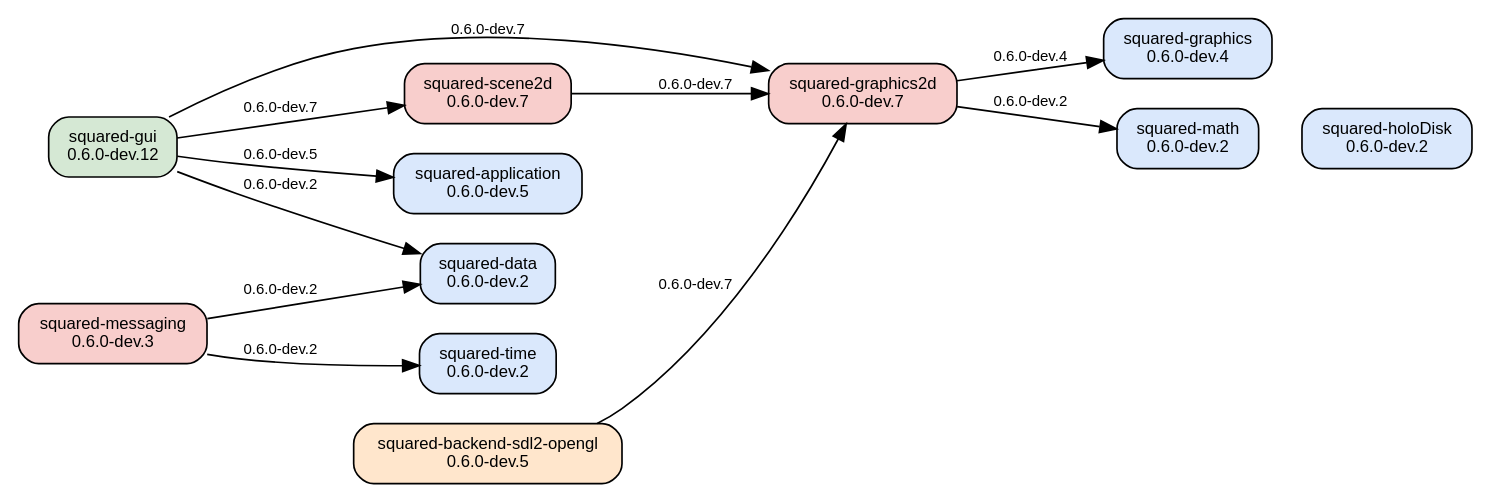
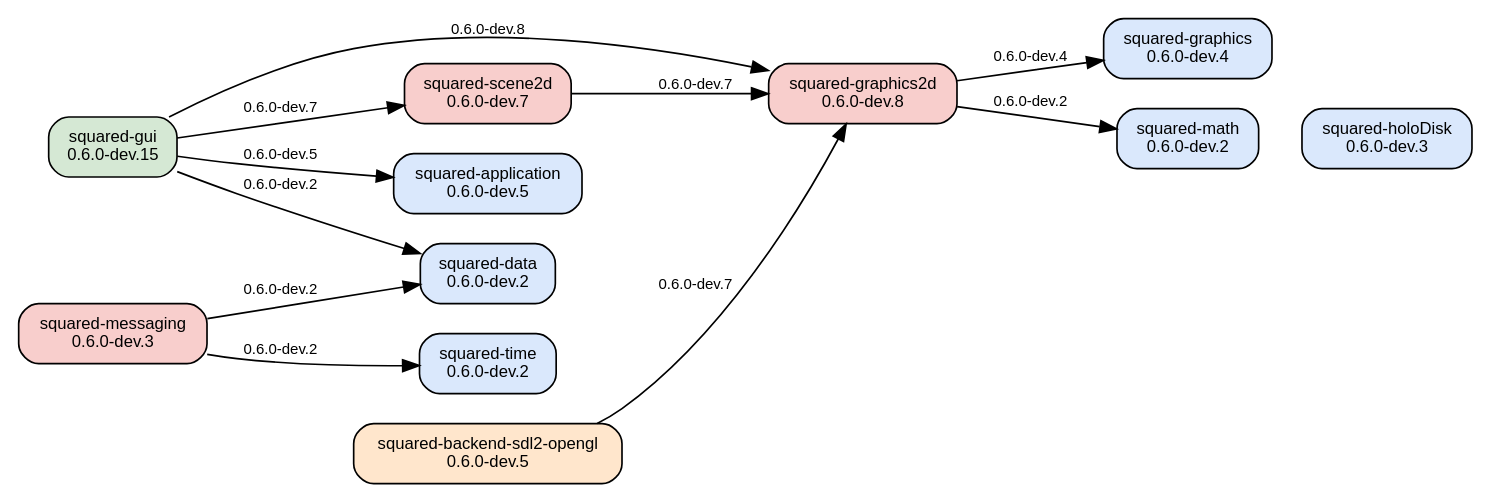
The diagram in docs/developer/architecture/package-dependencies.dot (squared-netizen/squared), drawn with Graphviz before and after one commit. The commit also changed 46 other files, not shown here.

```diff
--- a/docs/developer/architecture/package-dependencies.dot
+++ b/docs/developer/architecture/package-dependencies.dot
@@ -1,41 +1,41 @@
 // Framework package dependency graph.
 // Edge set derived exactly from each package manifest.json "module.requires".
 // Edges are compile-time/package dependencies between immutable .sq module
 // coordinates. Application-owned runtime adapters (e.g. a host selecting a
 // backend at link time) are not package requirements and are not shown.
 digraph package_dependencies {
   rankdir="LR";
   node [shape=box, style="rounded,filled", fontname="Helvetica", fontsize=10];
   edge [fontname="Helvetica", fontsize=9];
 
   // Leaf packages with no requires.
   application   [label="squared-application\n0.6.0-dev.5", fillcolor="#dae8fc"];
   data          [label="squared-data\n0.6.0-dev.2", fillcolor="#dae8fc"];
   graphics      [label="squared-graphics\n0.6.0-dev.4", fillcolor="#dae8fc"];
-  holoDisk      [label="squared-holoDisk\n0.6.0-dev.2", fillcolor="#dae8fc"];
+  holoDisk      [label="squared-holoDisk\n0.6.0-dev.3", fillcolor="#dae8fc"];
   math          [label="squared-math\n0.6.0-dev.2", fillcolor="#dae8fc"];
   time          [label="squared-time\n0.6.0-dev.2", fillcolor="#dae8fc"];
 
   // Consumers.
-  graphics2d    [label="squared-graphics2d\n0.6.0-dev.7", fillcolor="#f8cecc"];
+  graphics2d    [label="squared-graphics2d\n0.6.0-dev.8", fillcolor="#f8cecc"];
   scene2d       [label="squared-scene2d\n0.6.0-dev.7", fillcolor="#f8cecc"];
   backend       [label="squared-backend-sdl2-opengl\n0.6.0-dev.5", fillcolor="#ffe6cc"];
   messaging     [label="squared-messaging\n0.6.0-dev.3", fillcolor="#f8cecc"];
-  gui           [label="squared-gui\n0.6.0-dev.12", fillcolor="#d5e8d4"];
+  gui           [label="squared-gui\n0.6.0-dev.15", fillcolor="#d5e8d4"];
 
   graphics2d -> graphics [label="0.6.0-dev.4"];
   graphics2d -> math     [label="0.6.0-dev.2"];
   scene2d    -> graphics2d [label="0.6.0-dev.7"];
   backend    -> graphics2d [label="0.6.0-dev.7"];
   messaging  -> data      [label="0.6.0-dev.2"];
   messaging  -> time      [label="0.6.0-dev.2"];
   gui        -> data      [label="0.6.0-dev.2"];
   gui        -> application [label="0.6.0-dev.5"];
   gui        -> scene2d   [label="0.6.0-dev.7"];
-  gui        -> graphics2d [label="0.6.0-dev.7"];
+  gui        -> graphics2d [label="0.6.0-dev.8"];
 
   // HoloDisk stays independent and optional: no incoming or outgoing edges
   // exist in any manifest. It must not appear as a GUI dependency before an
   // explicit integration milestone.
   { rank=sink; holoDisk; }
 }
```
